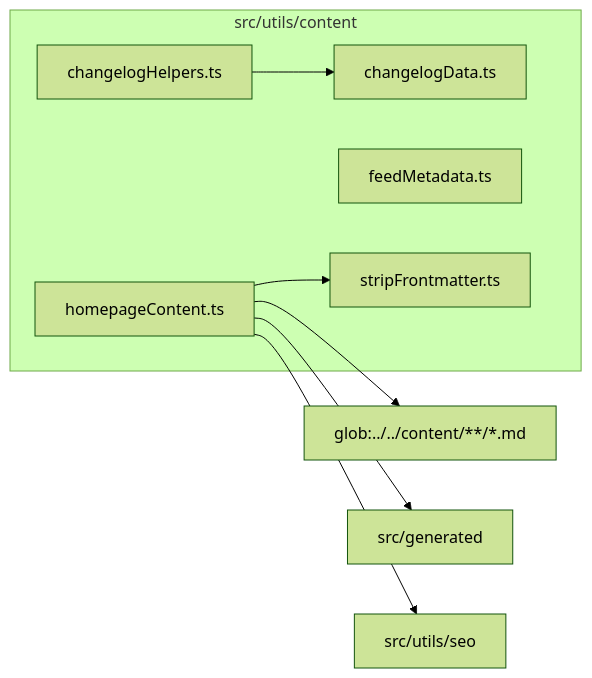
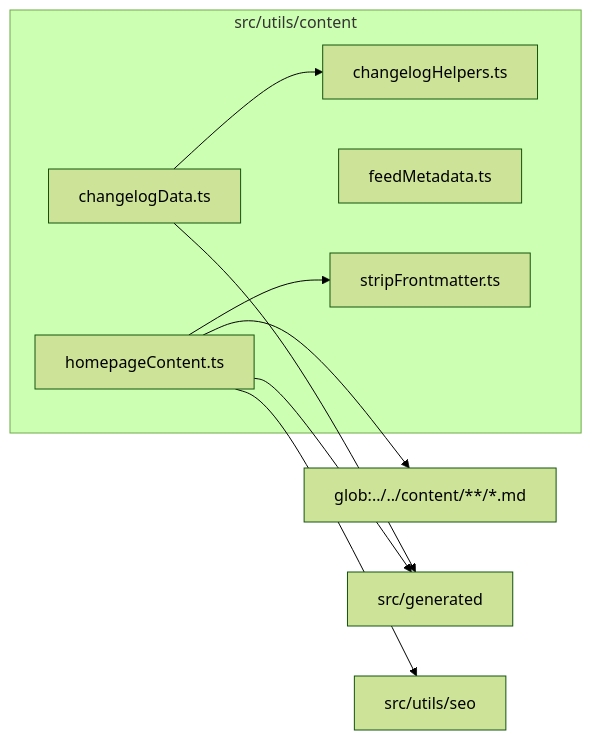
The diagram in src/utils/content/readme.md (ronbuening/LensVisualizer), drawn with Mermaid (forest theme) before and after one commit. The commit also changed other lines of this file and 557 other files, not shown here.

````diff
--- a/src/utils/content/readme.md
+++ b/src/utils/content/readme.md
@@ -9,18 +9,19 @@
 ```mermaid
 flowchart LR
   subgraph n_src_utils_content["src/utils/content"]
     n_src_utils_content_src_utils_content_changelogData_ts["changelogData.ts"]
     n_src_utils_content_src_utils_content_changelogHelpers_ts["changelogHelpers.ts"]
     n_src_utils_content_src_utils_content_feedMetadata_ts["feedMetadata.ts"]
     n_src_utils_content_src_utils_content_homepageContent_ts["homepageContent.ts"]
     n_src_utils_content_src_utils_content_stripFrontmatter_ts["stripFrontmatter.ts"]
   end
   n_external_glob_______content______md["glob:../../content/**/*.md"]
   n_external_src_generated["src/generated"]
   n_external_src_utils_seo["src/utils/seo"]
   n_src_utils_content_src_utils_content_homepageContent_ts --> n_external_glob_______content______md
+  n_src_utils_content_src_utils_content_changelogData_ts --> n_external_src_generated
   n_src_utils_content_src_utils_content_homepageContent_ts --> n_external_src_generated
   n_src_utils_content_src_utils_content_homepageContent_ts --> n_external_src_utils_seo
-  n_src_utils_content_src_utils_content_changelogHelpers_ts --> n_src_utils_content_src_utils_content_changelogData_ts
+  n_src_utils_content_src_utils_content_changelogData_ts --> n_src_utils_content_src_utils_content_changelogHelpers_ts
   n_src_utils_content_src_utils_content_homepageContent_ts --> n_src_utils_content_src_utils_content_stripFrontmatter_ts
 ```
````
